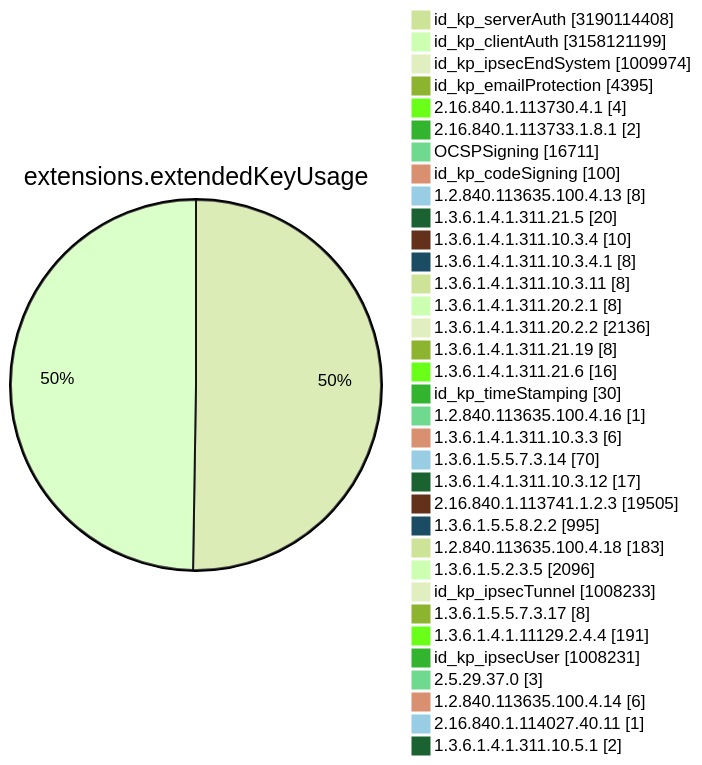
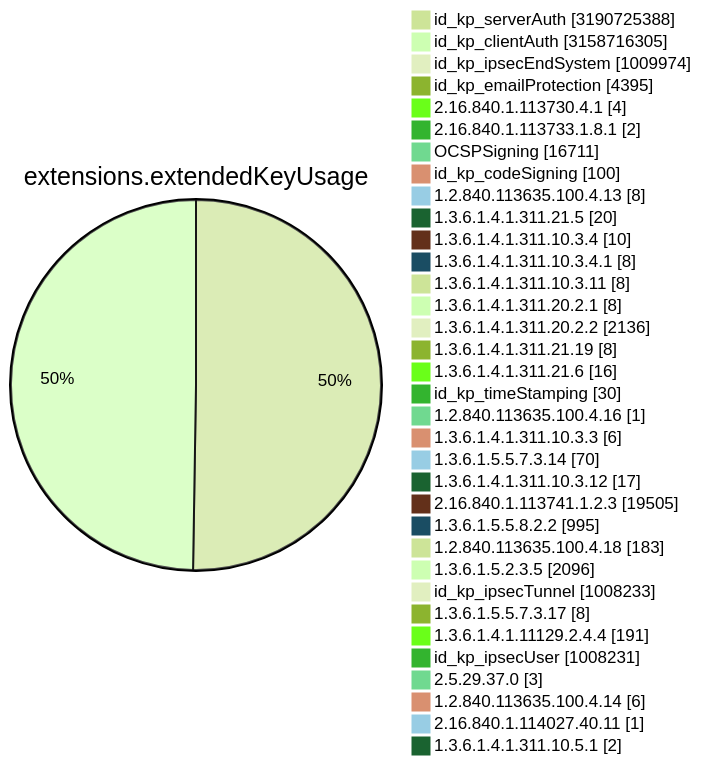
Diagram 11 of 15 in TOTAL/README.md (christiankrug/ctmonitor_visualization), drawn with Mermaid (forest theme) before and after one commit. The commit also changed other lines of this file, not shown here.

````diff
--- a/TOTAL/README.md
+++ b/TOTAL/README.md
@@ -4119,38 +4119,38 @@
 ```mermaid
 pie showData
 title extensions.extendedKeyUsage
-"id_kp_serverAuth" :3190114408
-"id_kp_clientAuth" :3158121199
+"id_kp_serverAuth" :3190725388
+"id_kp_clientAuth" :3158716305
 "id_kp_ipsecEndSystem" :1009974
 "id_kp_emailProtection" :4395
 "2.16.840.1.113730.4.1" :4
 "2.16.840.1.113733.1.8.1" :2
 "OCSPSigning" :16711
 "id_kp_codeSigning" :100
 "1.2.840.113635.100.4.13" :8
 "1.3.6.1.4.1.311.21.5" :20
 "1.3.6.1.4.1.311.10.3.4" :10
 "1.3.6.1.4.1.311.10.3.4.1" :8
 "1.3.6.1.4.1.311.10.3.11" :8
 "1.3.6.1.4.1.311.20.2.1" :8
 "1.3.6.1.4.1.311.20.2.2" :2136
 "1.3.6.1.4.1.311.21.19" :8
 "1.3.6.1.4.1.311.21.6" :16
 "id_kp_timeStamping" :30
 "1.2.840.113635.100.4.16" :1
 "1.3.6.1.4.1.311.10.3.3" :6
 "1.3.6.1.5.5.7.3.14" :70
 "1.3.6.1.4.1.311.10.3.12" :17
 "2.16.840.1.113741.1.2.3" :19505
 "1.3.6.1.5.5.8.2.2" :995
 "1.2.840.113635.100.4.18" :183
 "1.3.6.1.5.2.3.5" :2096
 "id_kp_ipsecTunnel" :1008233
 "1.3.6.1.5.5.7.3.17" :8
 "1.3.6.1.4.1.11129.2.4.4" :191
 "id_kp_ipsecUser" :1008231
 "2.5.29.37.0" :3
 "1.2.840.113635.100.4.14" :6
 "2.16.840.1.114027.40.11" :1
 "1.3.6.1.4.1.311.10.5.1" :2
 ```
````
